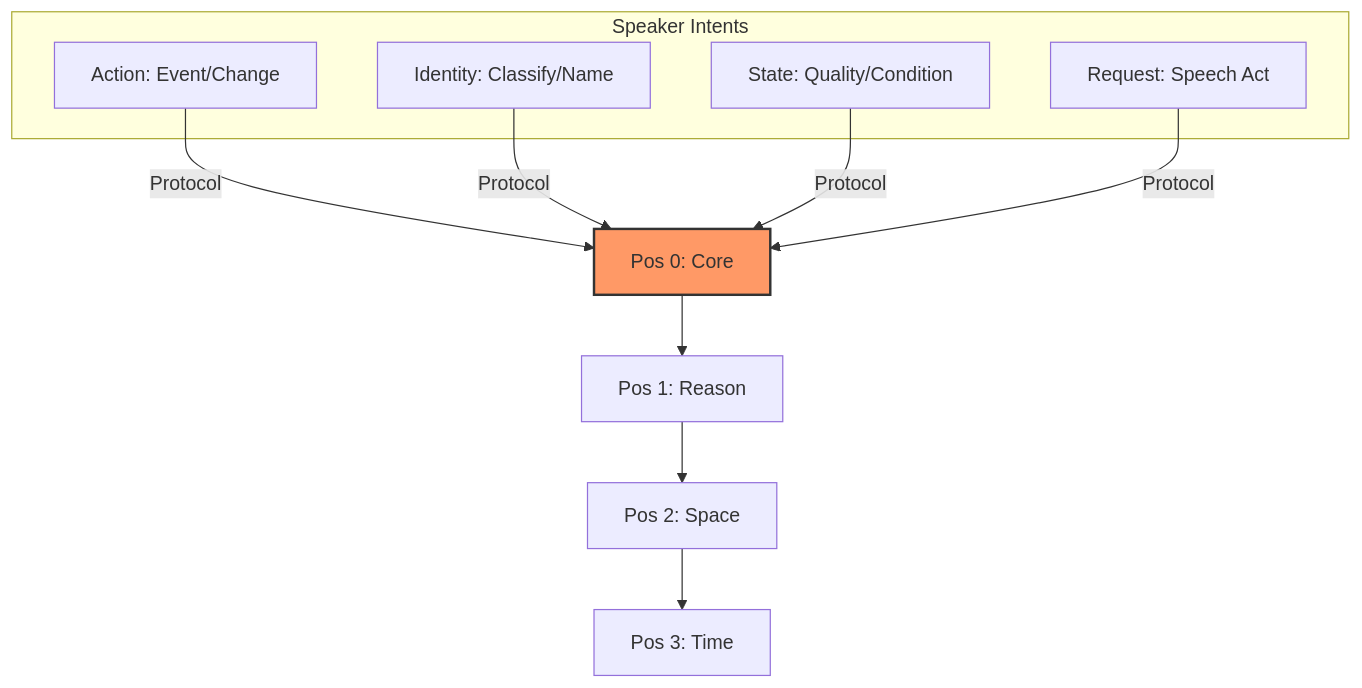
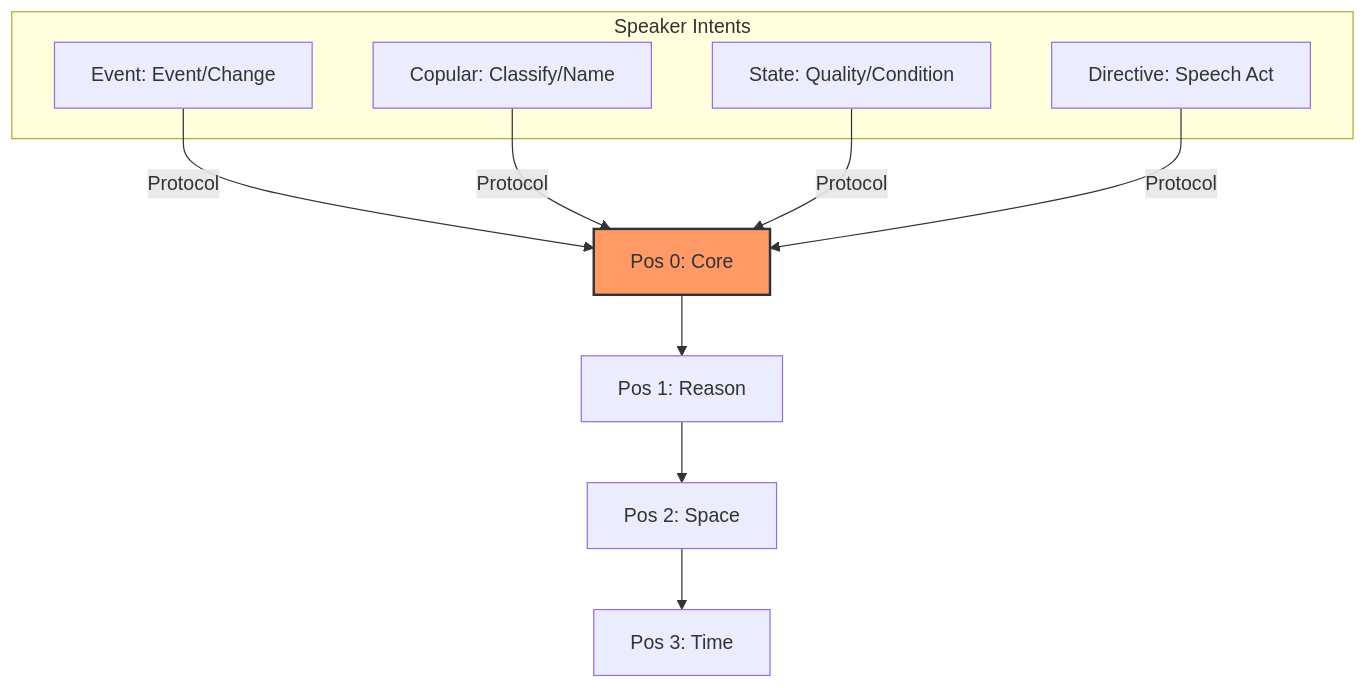
One commit to corefirst/cflt changed the first of 3 diagrams in docs/en/foundations/core-concept.md. Above: the diagram before and after it, drawn with Mermaid. The commit also changed other lines of this file and 26 other files, not shown here.

````diff
--- a/docs/en/foundations/core-concept.md
+++ b/docs/en/foundations/core-concept.md
@@ -87,20 +87,20 @@
 ```mermaid
 graph TD
     subgraph "Speaker Intents"
-    I1[Action: Event/Change]
-    I2[Identity: Classify/Name]
+    I1[Event: Event/Change]
+    I2[Copular: Classify/Name]
     I3[State: Quality/Condition]
-    I4[Request: Speech Act]
+    I4[Directive: Speech Act]
     end
     
     I1 -- "Protocol" --> P0[Pos 0: Core]
     I2 -- "Protocol" --> P0
     I3 -- "Protocol" --> P0
     I4 -- "Protocol" --> P0
     
     P0 --> P1[Pos 1: Reason]
     P1 --> P2[Pos 2: Space]
     P2 --> P3[Pos 3: Time]
     
     style P0 fill:#f96,stroke:#333,stroke-width:2px
 ```
````
